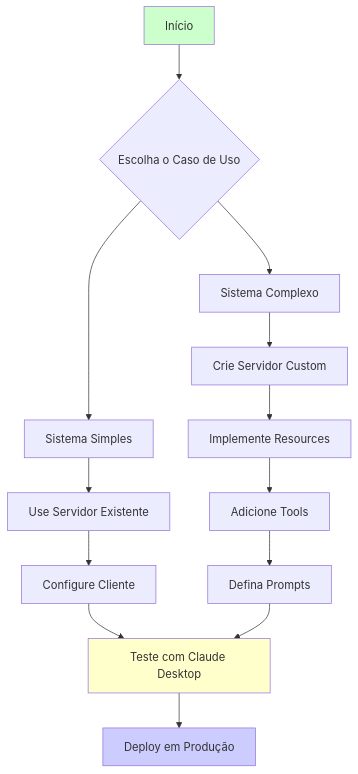
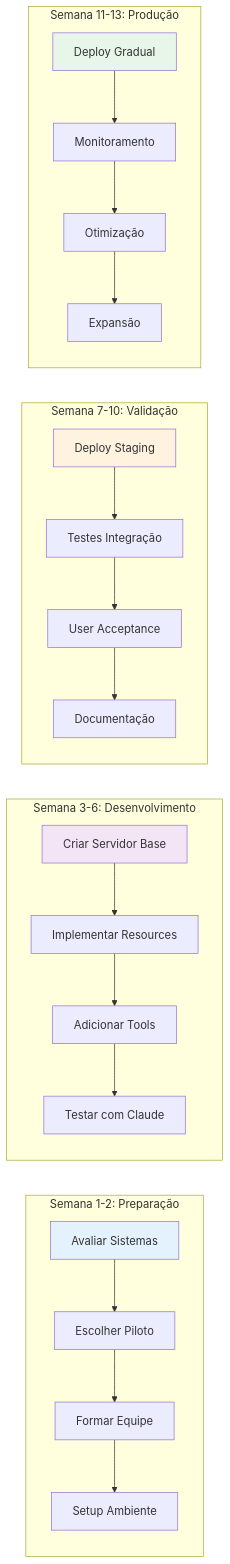
One commit to felipepimentel/my-public-notes changed diagram 17 of 20 in AI/Comunicação/MCP/00-mcp-presentation-zero to hero.md. Above: the diagram before and after it, drawn with Mermaid. The commit also changed other lines of this file, not shown here.

````diff
--- a/AI/Comunicação/MCP/00-mcp-presentation-zero to hero.md
+++ b/AI/Comunicação/MCP/00-mcp-presentation-zero to hero.md
@@ -495,22 +529,31 @@
 ```mermaid
-graph TD
-    A[Início] --> B{Escolha o Caso de Uso}
-    B --> C[Sistema Simples]
-    B --> D[Sistema Complexo]
+graph LR
+    subgraph "Semana 1-2: Preparação"
+        A1[Avaliar Sistemas] --> A2[Escolher Piloto]
+        A2 --> A3[Formar Equipe]
+        A3 --> A4[Setup Ambiente]
+    end
     
-    C --> E[Use Servidor Existente]
-    E --> F[Configure Cliente]
-    F --> G[Teste com Claude Desktop]
+    subgraph "Semana 3-6: Desenvolvimento"
+        B1[Criar Servidor Base] --> B2[Implementar Resources]
+        B2 --> B3[Adicionar Tools]
+        B3 --> B4[Testar com Claude]
+    end
     
-    D --> H[Crie Servidor Custom]
-    H --> I[Implemente Resources]
-    I --> J[Adicione Tools]
-    J --> K[Defina Prompts]
-    K --> G
+    subgraph "Semana 7-10: Validação"
+        C1[Deploy Staging] --> C2[Testes Integração]
+        C2 --> C3[User Acceptance]
+        C3 --> C4[Documentação]
+    end
     
-    G --> L[Deploy em Produção]
+    subgraph "Semana 11-13: Produção"
+        D1[Deploy Gradual] --> D2[Monitoramento]
+        D2 --> D3[Otimização]
+        D3 --> D4[Expansão]
+    end
     
-    style A fill:#ccffcc
-    style G fill:#ffffcc
-    style L fill:#ccccff
+    style A1 fill:#e3f2fd
+    style B1 fill:#f3e5f5
+    style C1 fill:#fff3e0
+    style D1 fill:#e8f5e9
 ```
````
